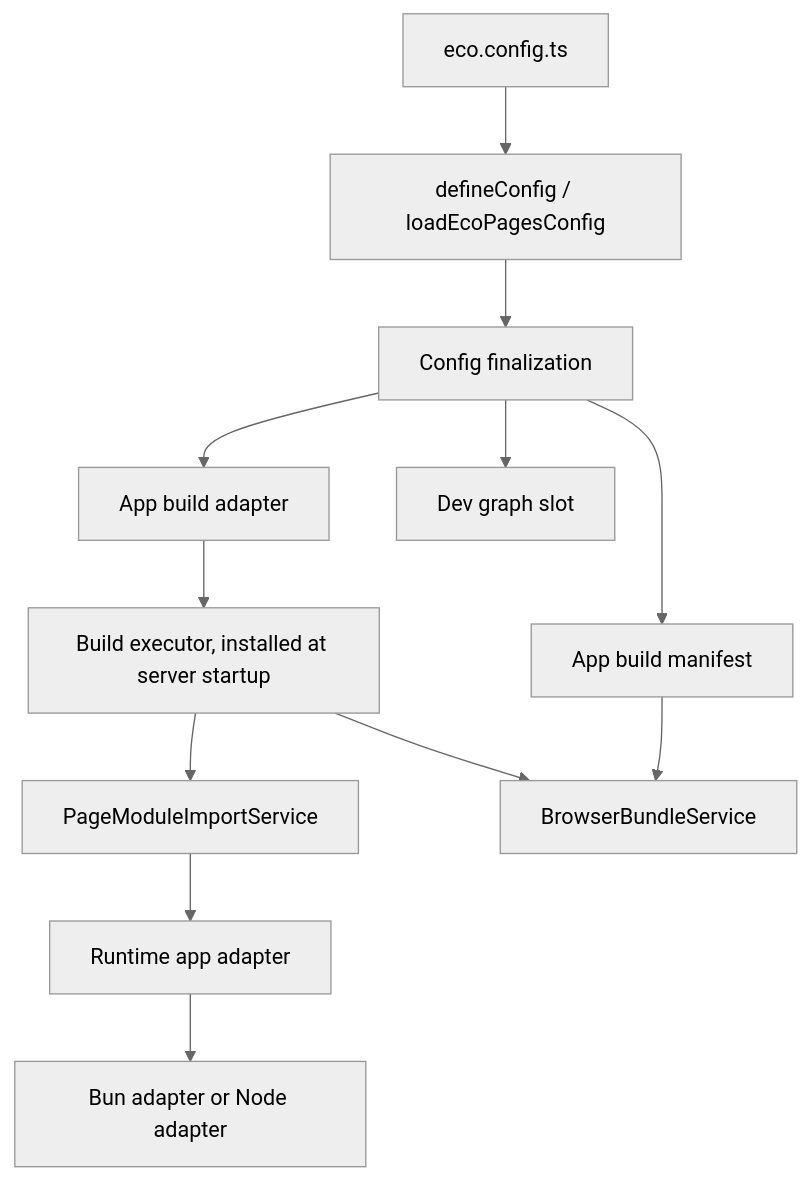
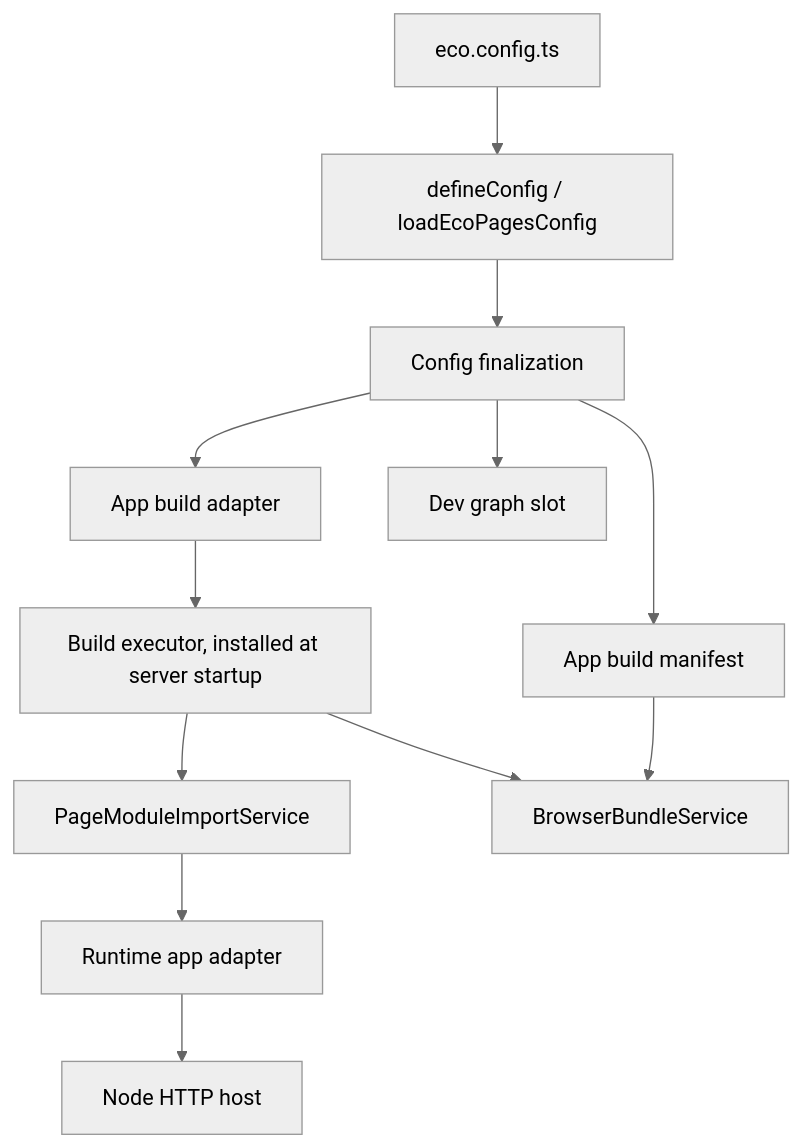
The first of 2 diagrams in packages/core/README.md (ecopages/ecopages), drawn with Mermaid (neutral theme) before and after one commit. The commit also changed other lines of this file and 29 other files, not shown here.

First line of the commit message:
refactor(core): remove the Bun adapter

````diff
--- a/packages/core/README.md
+++ b/packages/core/README.md
@@ -35,14 +35,14 @@
 ```mermaid
 flowchart TD
 	A[eco.config.ts] --> B[defineConfig / loadEcoPagesConfig]
 	B --> C[Config finalization]
 	C --> D[App build adapter]
 	C --> E[App build manifest]
 	C --> G[Dev graph slot]
 	D --> F[Build executor, installed at server startup]
 	F --> I[PageModuleImportService]
 	F --> J[BrowserBundleService]
 	I --> K[Runtime app adapter]
-	K --> L[Bun adapter or Node adapter]
+	K --> L[Node HTTP host]
 	E --> J
 ```
````
